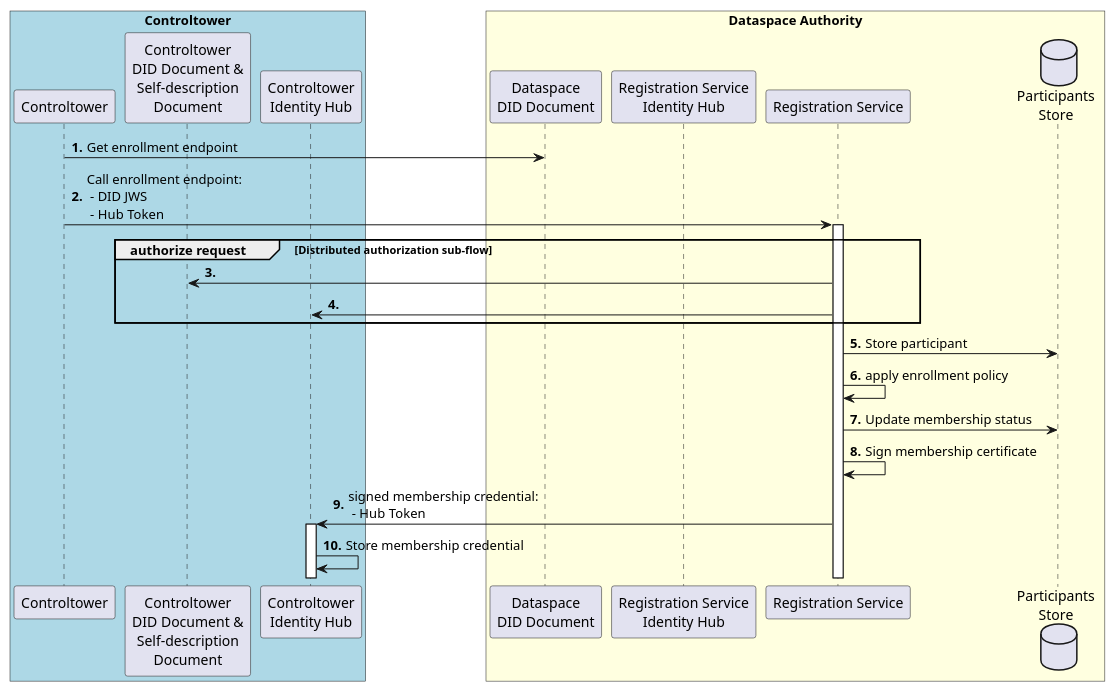
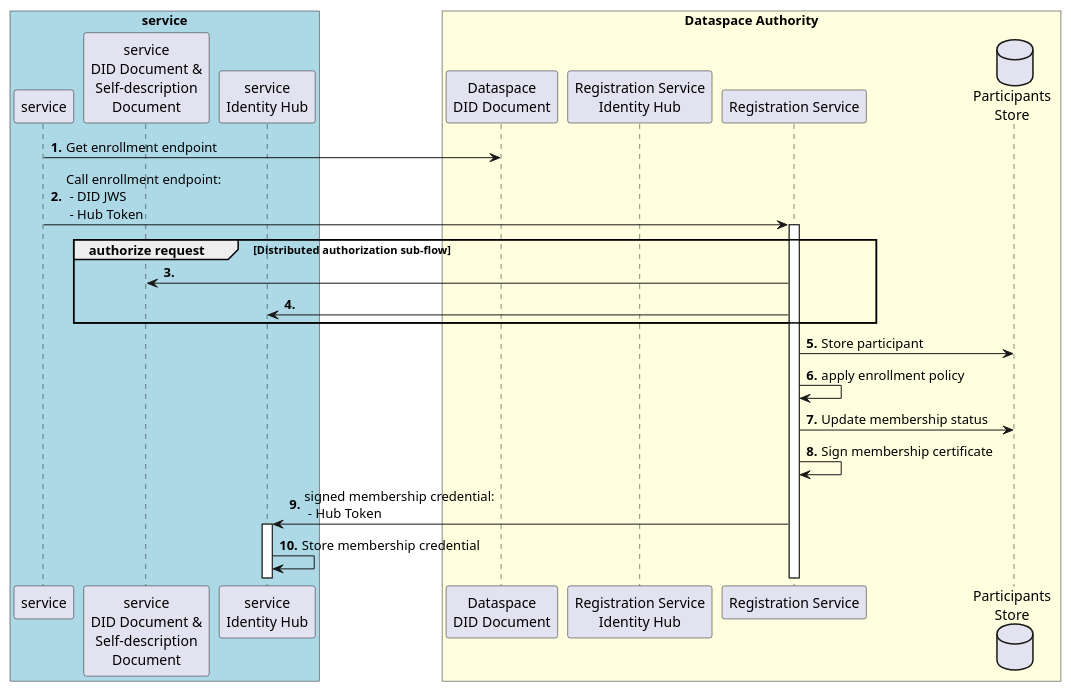
Before and after one commit to mathewsa12/MinimumViableDataspace: the diagram in docs/developer/decision-records/2022-06-15-registration-service/dataspace-enrollment.puml, drawn with PlantUML. The commit also changed 91 other files, not shown here.

```diff
--- a/docs/developer/decision-records/2022-06-15-registration-service/dataspace-enrollment.puml
+++ b/docs/developer/decision-records/2022-06-15-registration-service/dataspace-enrollment.puml
@@ -1,28 +1,28 @@
 @startuml
 autonumber "<b>0'.'"
-box "Controltower" #LightBlue
-Participant Controltower
-Participant "Controltower\nDID Document &\nSelf-description\nDocument" as DID1
-Participant "Controltower\nIdentity Hub" as IDHUB1
+box "service" #LightBlue
+Participant service
+Participant "service\nDID Document &\nSelf-description\nDocument" as DID1
+Participant "service\nIdentity Hub" as IDHUB1
 end box
 box "Dataspace Authority" #LightYellow
 Participant "Dataspace\nDID Document" as DID0
 Participant "Registration Service\nIdentity Hub" as IDHUB0
 Participant "Registration Service" as DA
 Database "Participants\nStore" as Registry
 end box
 
-Controltower -> DID0: Get enrollment endpoint
-Controltower -> DA ++: Call enrollment endpoint:\n - DID JWS\n - Hub Token
+service -> DID0: Get enrollment endpoint
+service -> DA ++: Call enrollment endpoint:\n - DID JWS\n - Hub Token
 group authorize request [Distributed authorization sub-flow]
   DA -> DID1
   DA -> IDHUB1
 end
 DA -> Registry: Store participant
 DA -> DA: apply enrollment policy
 DA -> Registry: Update membership status
 DA -> DA: Sign membership certificate
 DA -> IDHUB1 ++: signed membership credential:\n - Hub Token
 IDHUB1 -> IDHUB1: Store membership credential
 
 @enduml
```
